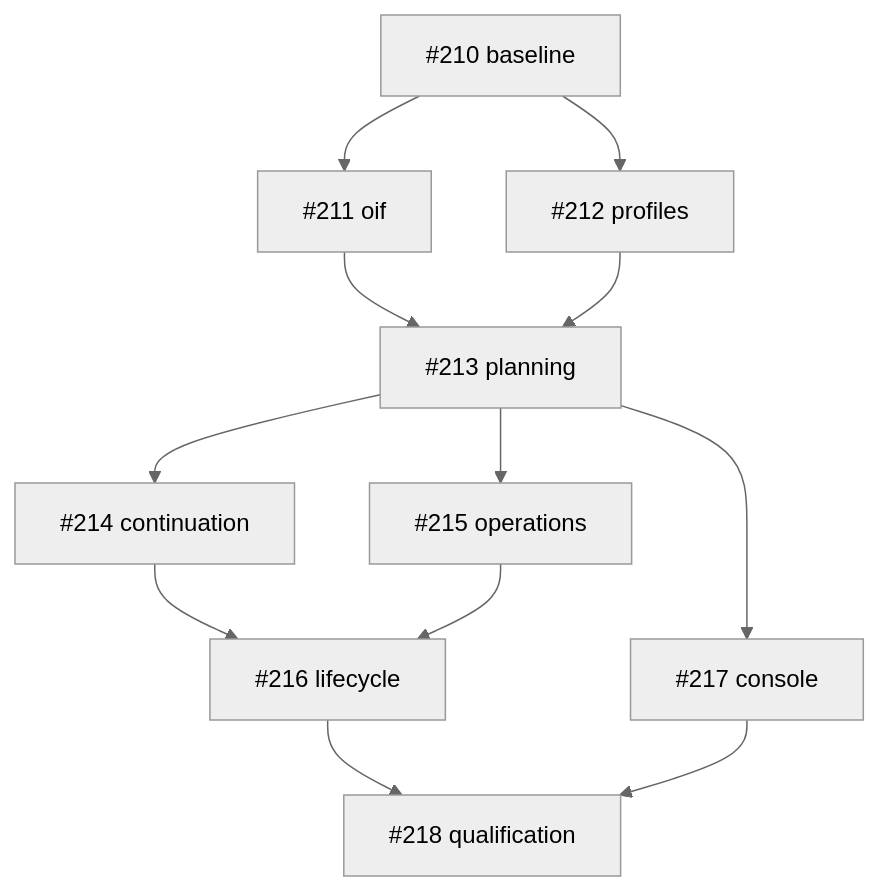
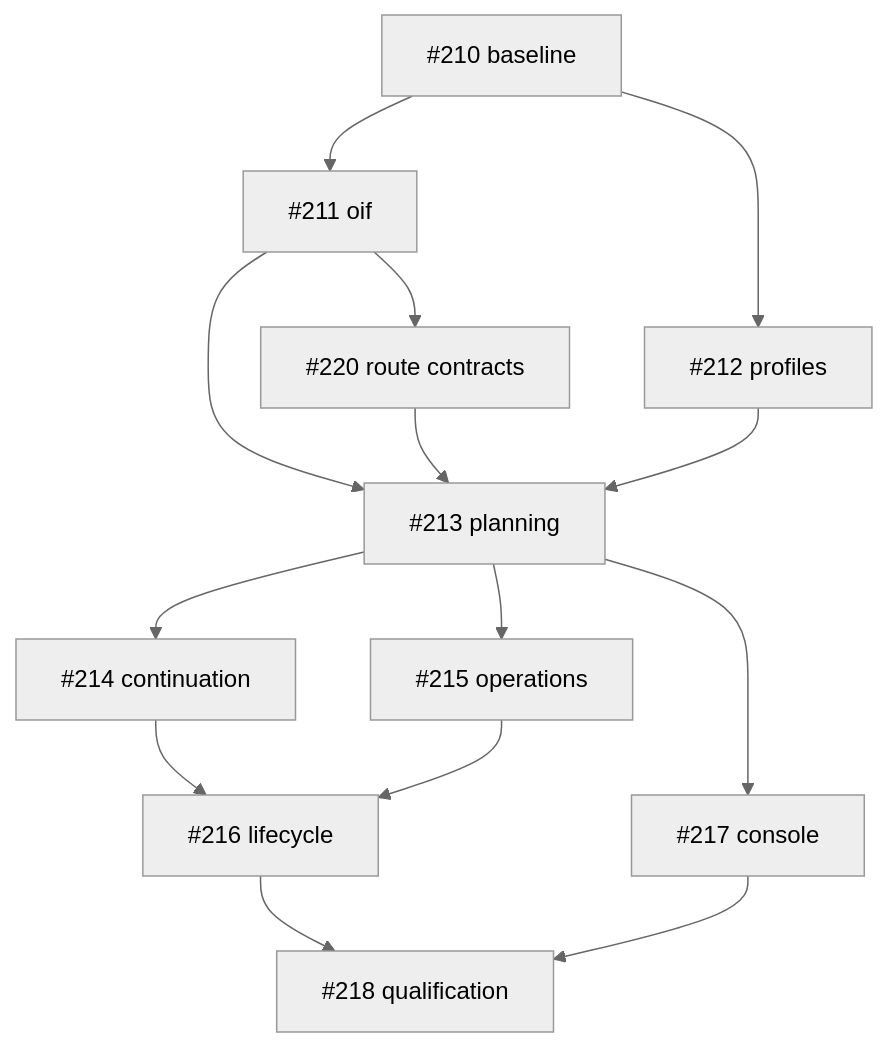
Before and after one commit to tyk-swe/olp: the diagram in docs/implementation/oif.md, drawn with Mermaid (neutral theme). The commit also changed other lines of this file, not shown here.

Commit message:
Parallelize route fidelity contract foundations

````diff
--- a/docs/implementation/oif.md
+++ b/docs/implementation/oif.md
@@ -7,23 +7,26 @@
 ```mermaid
 graph TD
   baseline["#210 baseline"]
   oif["#211 oif"]
   baseline --> oif
   profiles["#212 profiles"]
   baseline --> profiles
   planning["#213 planning"]
   oif --> planning
   profiles --> planning
+  route_contracts["#220 route contracts"]
+  oif --> route_contracts
+  route_contracts --> planning
   continuation["#214 continuation"]
   planning --> continuation
   operations["#215 operations"]
   planning --> operations
   lifecycle["#216 lifecycle"]
   continuation --> lifecycle
   operations --> lifecycle
   console["#217 console"]
   planning --> console
   qualification["#218 qualification"]
   lifecycle --> qualification
   console --> qualification
 ```
````
